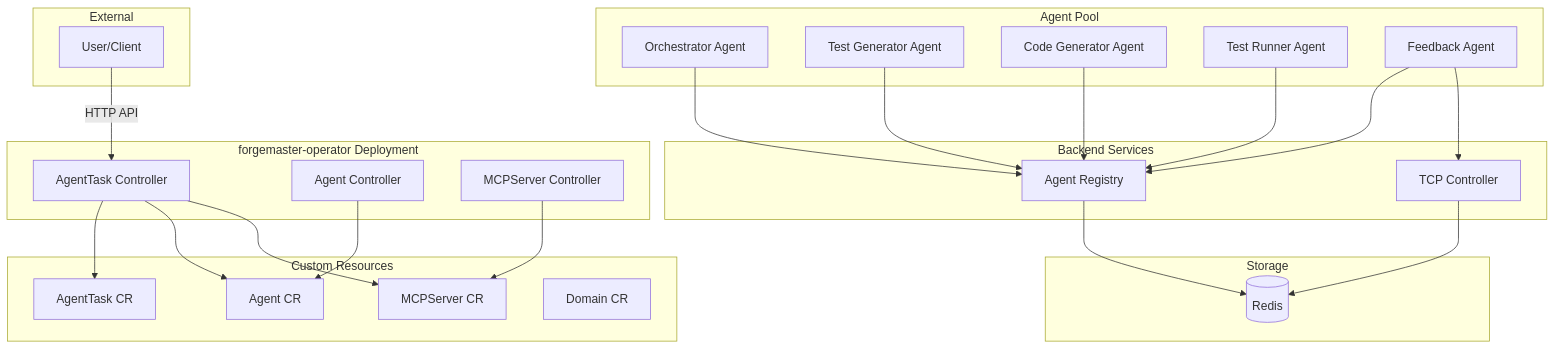
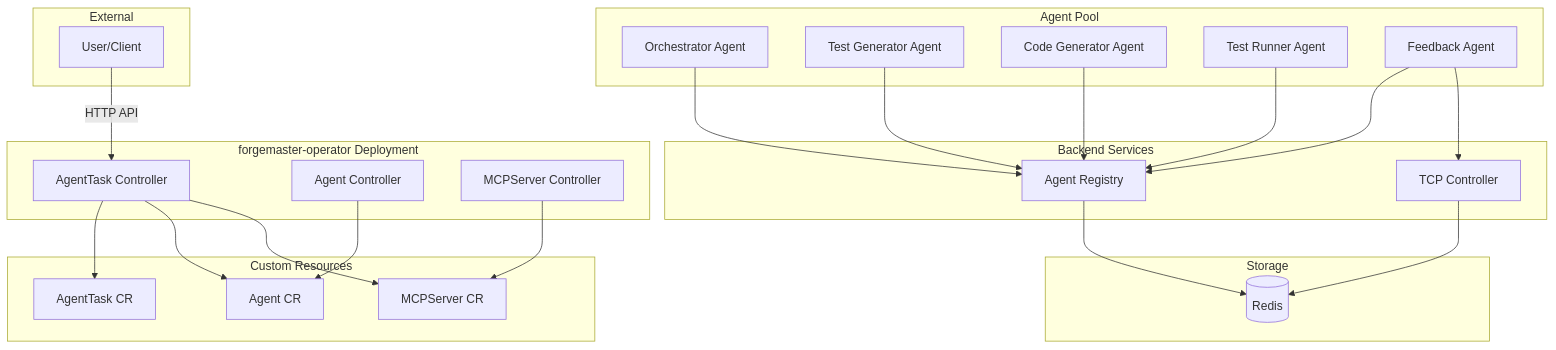
The first of 2 diagrams in docs/arch/02-components.md (dshcherbatiuk/forgemaster), drawn with Mermaid before and after one commit. The commit also changed other lines of this file and 8 other files, not shown here.

First line of the commit message:
docs: Remove Domain CRD from architecture (YAGNI)

````diff
--- a/docs/arch/02-components.md
+++ b/docs/arch/02-components.md
@@ -51,48 +51,47 @@
 ```mermaid
 flowchart TB
     subgraph External["External"]
         USER[User/Client]
     end
 
     subgraph Operator["forgemaster-operator Deployment"]
         ATC[AgentTask Controller]
         AC[Agent Controller]
         MC[MCPServer Controller]
     end
 
     subgraph Services["Backend Services"]
         TCP[TCP Controller]
         REG[Agent Registry]
     end
 
     subgraph Agents["Agent Pool"]
         OA[Orchestrator Agent]
         TGA[Test Generator Agent]
         CGA[Code Generator Agent]
         TRA[Test Runner Agent]
         FBA[Feedback Agent]
     end
 
     subgraph Storage["Storage"]
         REDIS[(Redis)]
     end
 
     subgraph CRDs["Custom Resources"]
         AT[AgentTask CR]
         AGT[Agent CR]
         MCP[MCPServer CR]
-        DOM[Domain CR]
     end
 
     USER -->|HTTP API| ATC
     ATC --> AT
     ATC --> AGT
     ATC --> MCP
     AC --> AGT
     MC --> MCP
 
     TCP --> REDIS
     REG --> REDIS
     OA & TGA & CGA & TRA & FBA --> REG
     FBA --> TCP
 ```
````
